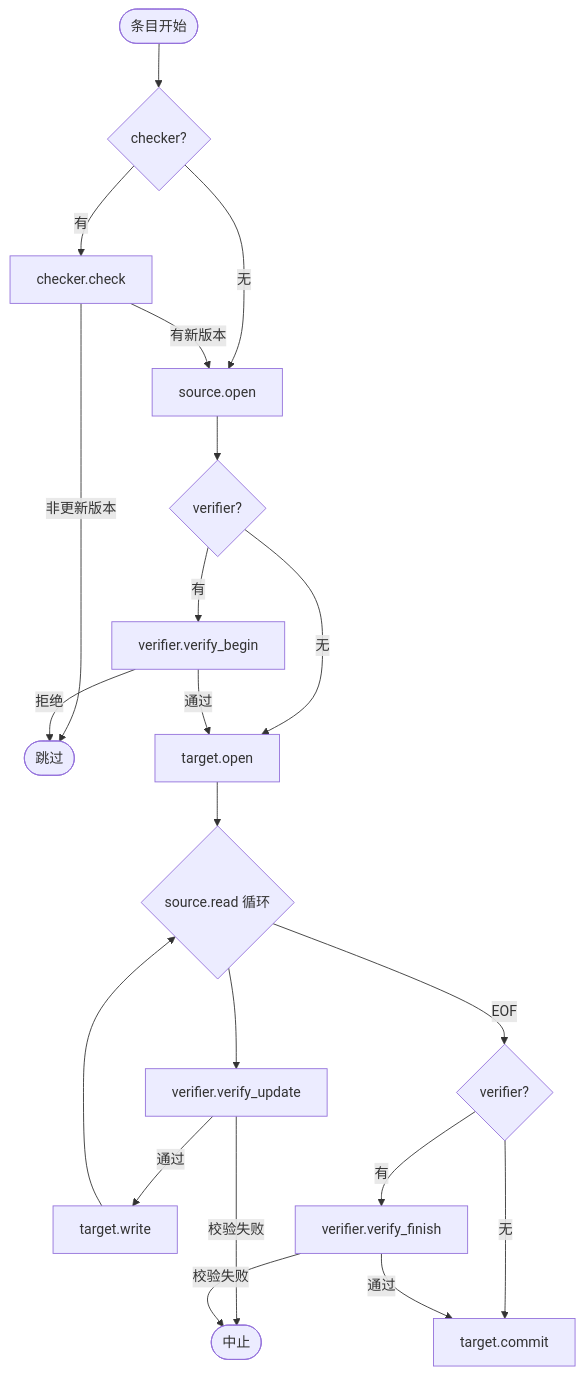
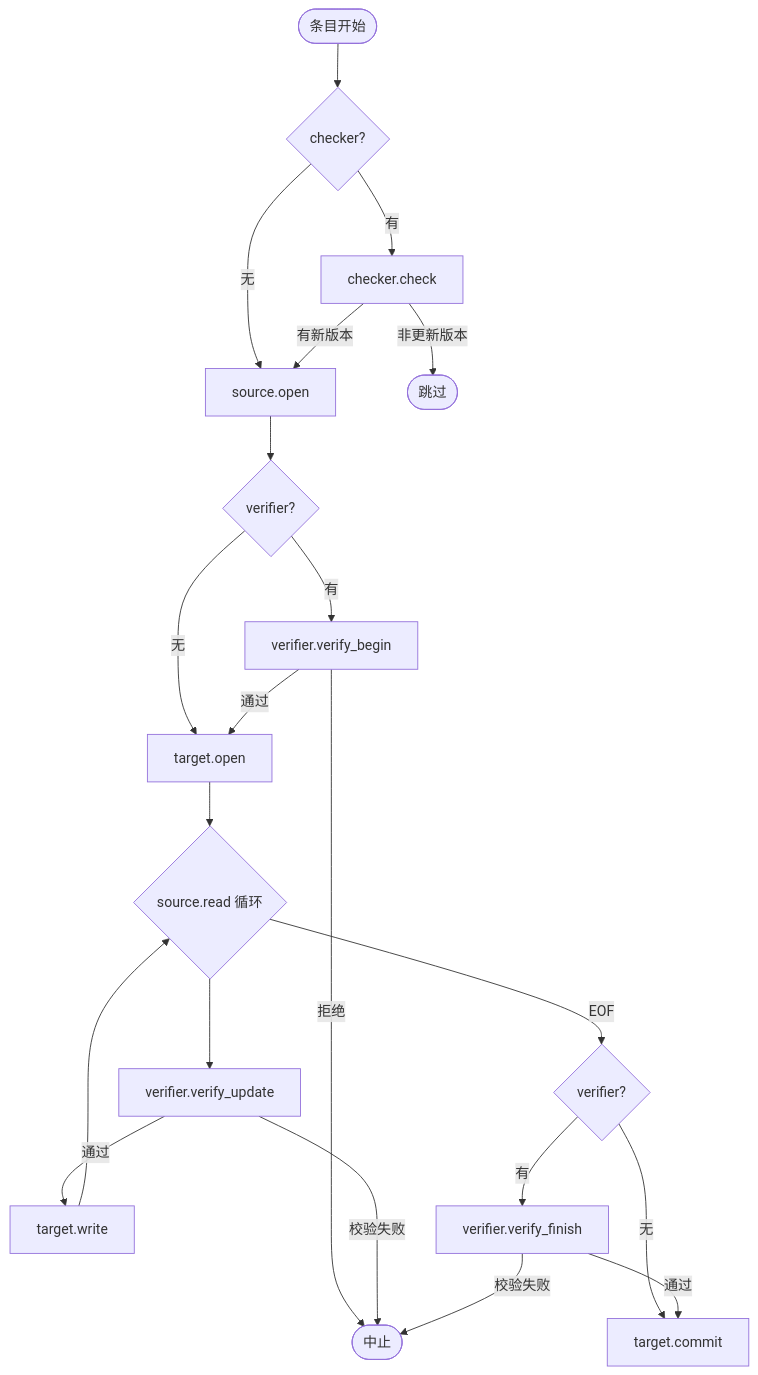
The second of 2 diagrams in components/esp_ota_service/README_CN.md (espressif/esp-adf), drawn with Mermaid before and after one commit. The commit also changed other lines of this file and 59 other files, not shown here.

````diff
--- a/components/esp_ota_service/README_CN.md
+++ b/components/esp_ota_service/README_CN.md
@@ -72,23 +72,23 @@
 ```mermaid
 flowchart TD
     START([条目开始]) --> CHK{checker?}
     CHK -- 无 --> B
     CHK -- 有 --> A[checker.check]
     A -- 非更新版本 --> SKIP([跳过])
     A -- 有新版本 --> B[source.open]
     B --> VB{verifier?}
     VB -- 无 --> D
     VB -- 有 --> C[verifier.verify_begin]
-    C -- 拒绝 --> SKIP
+    C -- 拒绝 --> FAIL
     C -- 通过 --> D[target.open]
     D --> E{source.read 循环}
     E --> F[verifier.verify_update]
     F -- 校验失败 --> FAIL([中止])
     F -- 通过 --> G[target.write]
     G --> E
     E -- EOF --> VF{verifier?}
     VF -- 无 --> I
     VF -- 有 --> H[verifier.verify_finish]
     H -- 校验失败 --> FAIL
     H -- 通过 --> I[target.commit]
 ```
````
